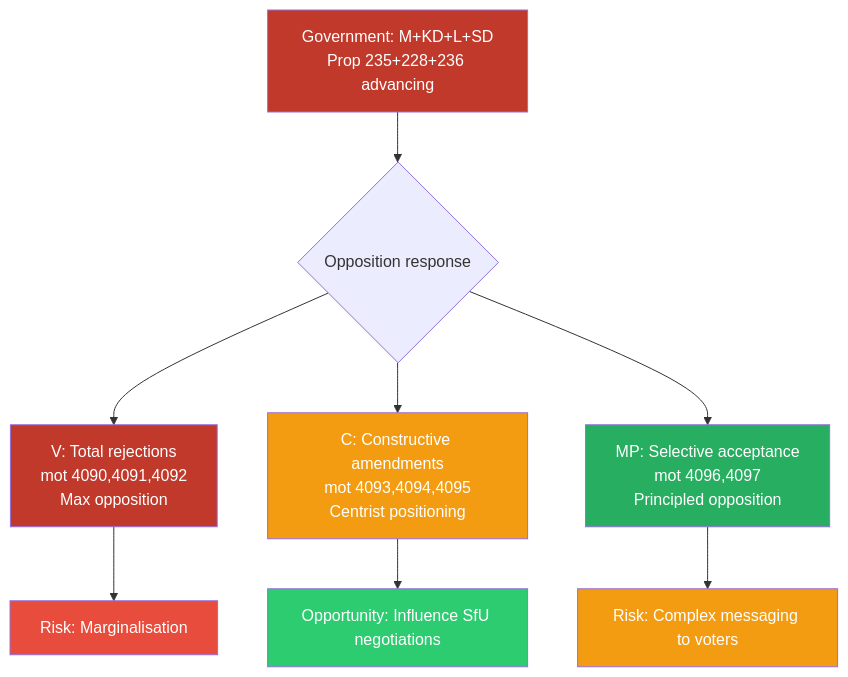
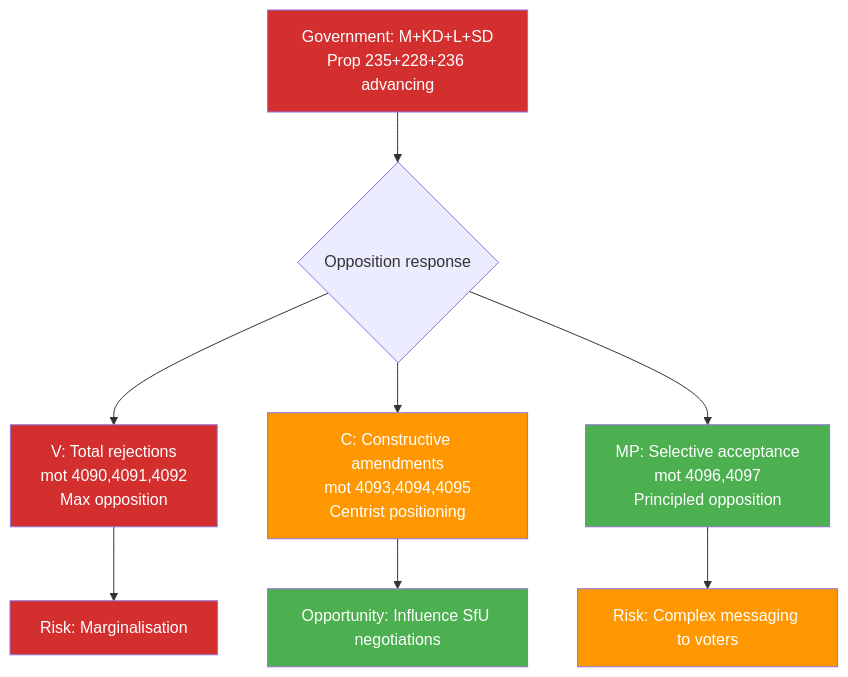
Before and after one commit to Hack23/riksdagsmonitor: the diagram in analysis/daily/2026-04-17/motions/threat-analysis.md, drawn with Mermaid. The commit also changed 785 other files, not shown here.

First line of the commit message:
Normalize mermaid colors across 786 analysis artifacts to ISMS Style Guide palette

````diff
--- a/analysis/daily/2026-04-17/motions/threat-analysis.md
+++ b/analysis/daily/2026-04-17/motions/threat-analysis.md
@@ -48,18 +48,18 @@
 ```mermaid
 graph TD
     A[Government: M+KD+L+SD\nProp 235+228+236 advancing] --> B{Opposition response}
     B --> C[V: Total rejections\nmot 4090,4091,4092\nMax opposition]
     B --> D[C: Constructive amendments\nmot 4093,4094,4095\nCentrist positioning]
     B --> E[MP: Selective acceptance\nmot 4096,4097\nPrincipled opposition]
     C --> F[Risk: Marginalisation]
     D --> G[Opportunity: Influence SfU negotiations]
     E --> H[Risk: Complex messaging to voters]
     
-    style A fill:#c0392b,color:#fff
-    style C fill:#c0392b,color:#fff
-    style D fill:#f39c12,color:#fff
-    style E fill:#27ae60,color:#fff
-    style F fill:#e74c3c,color:#fff
-    style G fill:#2ecc71,color:#fff
-    style H fill:#f39c12,color:#fff
+    style A fill:#D32F2F,color:#FFFFFF
+    style C fill:#D32F2F,color:#FFFFFF
+    style D fill:#FF9800,color:#FFFFFF
+    style E fill:#4CAF50,color:#FFFFFF
+    style F fill:#D32F2F,color:#FFFFFF
+    style G fill:#4CAF50,color:#FFFFFF
+    style H fill:#FF9800,color:#FFFFFF
 ```
````
